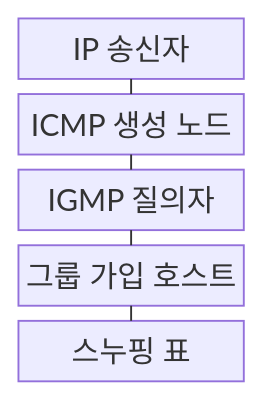
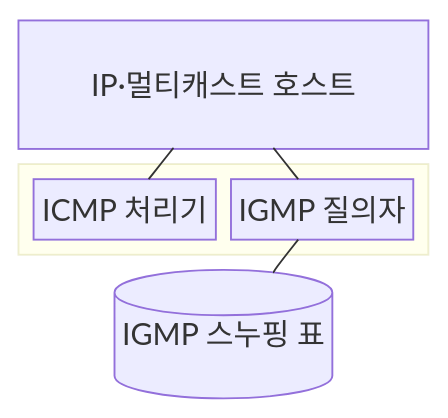
One commit to agnusdei1207/knowledge-base changed the first of 2 diagrams in src/content/docs/notes/04-network/014_icmp_igmp.md. Above: the diagram before and after it, drawn with Mermaid. The commit also changed other lines of this file and 20 other files, not shown here.

````diff
--- a/src/content/docs/notes/04-network/014_icmp_igmp.md
+++ b/src/content/docs/notes/04-network/014_icmp_igmp.md
@@ -61,13 +58,14 @@
 ```mermaid
-block-beta
+block
     columns 1
-    A["IP 송신자"]
-    B["ICMP 생성 노드"]
-    C["IGMP 질의자"]
-    D["그룹 가입 호스트"]
-    E["스누핑 표"]
-    A --- B
-    B --- C
-    C --- D
-    D --- E
+    H["IP·멀티캐스트 호스트"]
+    block:CONTROL
+        columns 2
+        I["ICMP 처리기"]
+        Q["IGMP 질의자"]
+    end
+    S[("IGMP 스누핑 표")]
+    H --- I
+    H --- Q
+    Q --- S
 ```
````
